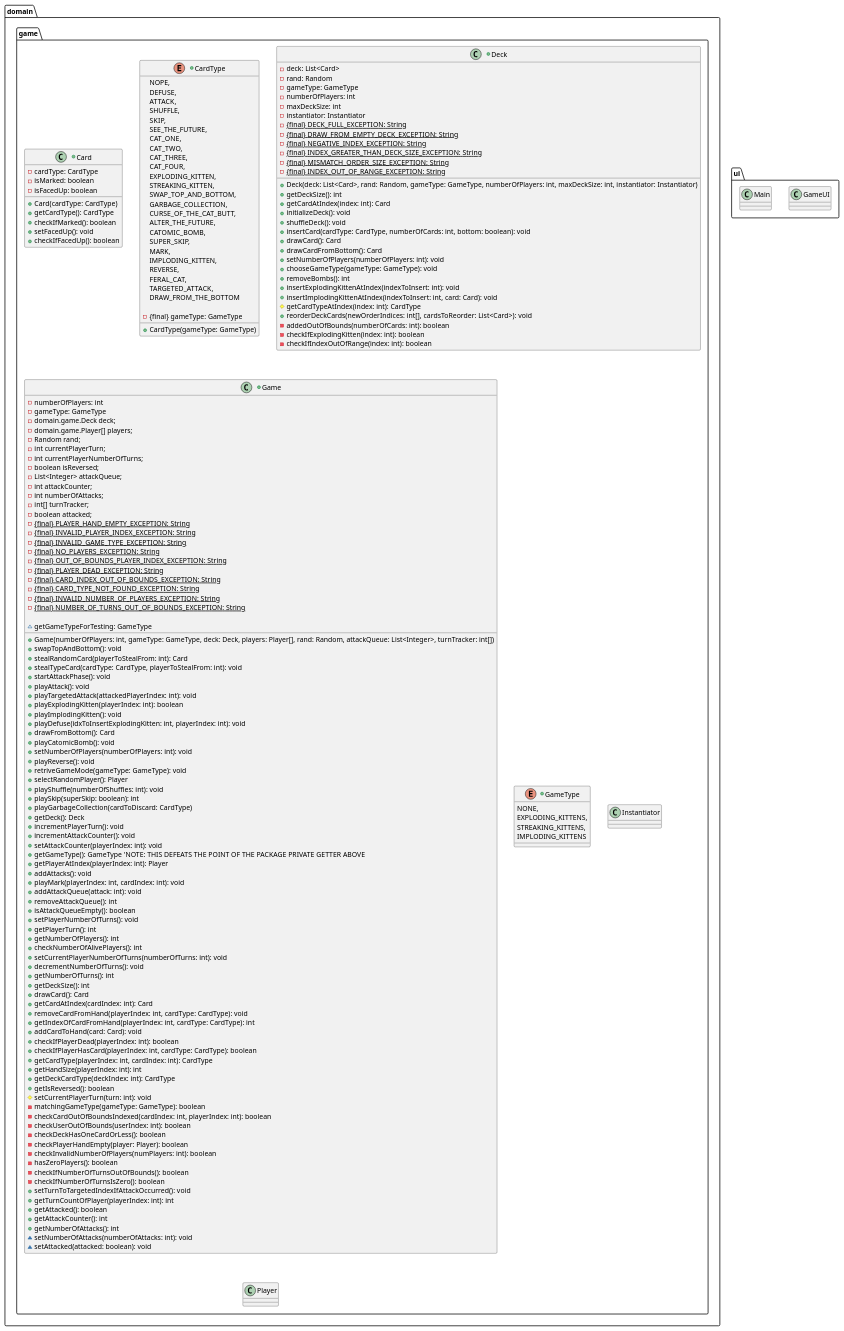
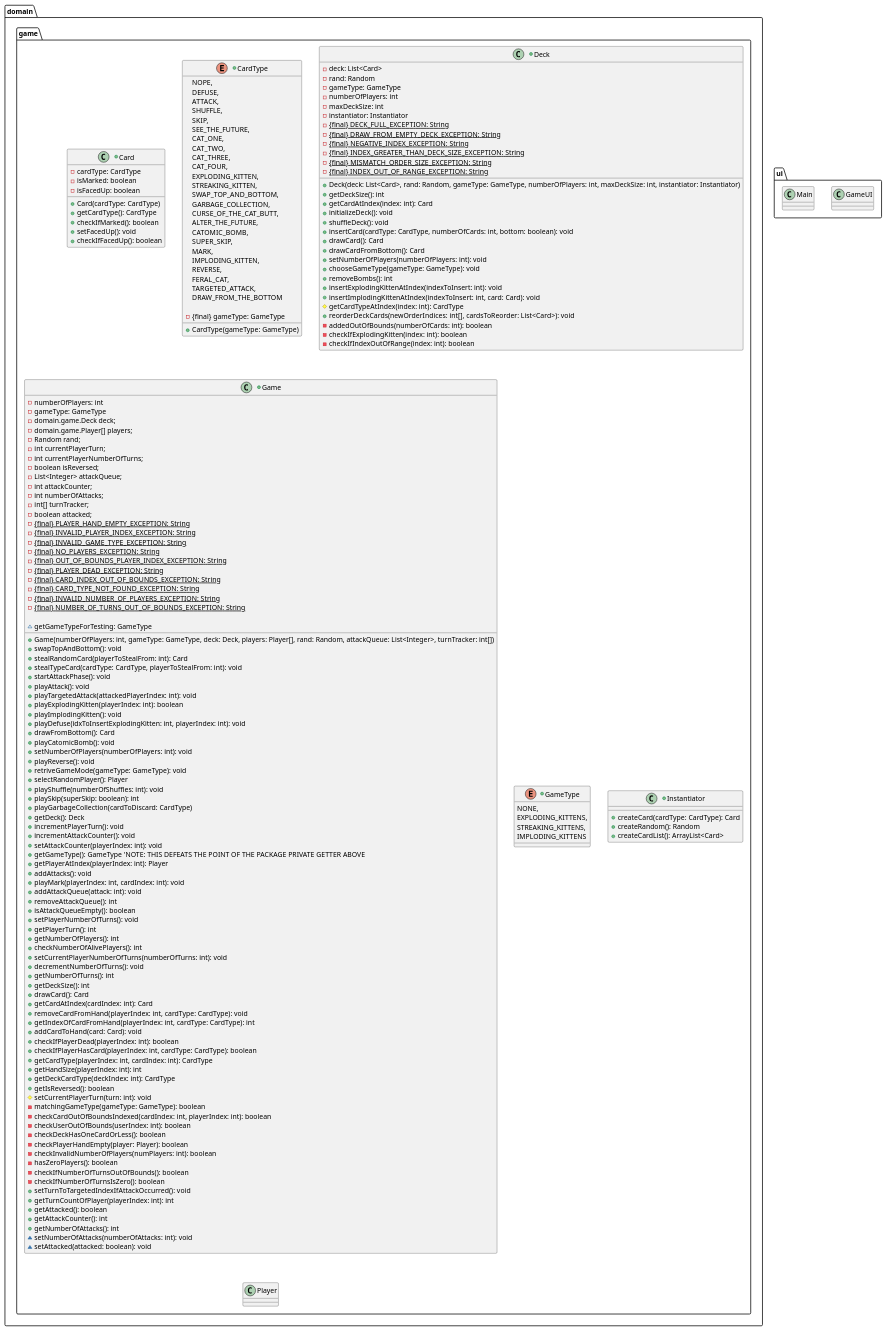
The diagram in docs/design/given-design.puml (nu-cs-sw-design/project-20252601-exploding-cats), drawn with PlantUML before and after one commit.

Commit message:
added methods for Instantiator class

```diff
--- a/docs/design/given-design.puml
+++ b/docs/design/given-design.puml
@@ -180,7 +180,10 @@
         IMPLODING_KITTENS
     }
 
-    class Instantiator {
+    +class Instantiator {
+        +createCard(cardType: CardType): Card
+        +createRandom(): Random
+        +createCardList(): ArrayList<Card>
     }
 
     class Player {
```
